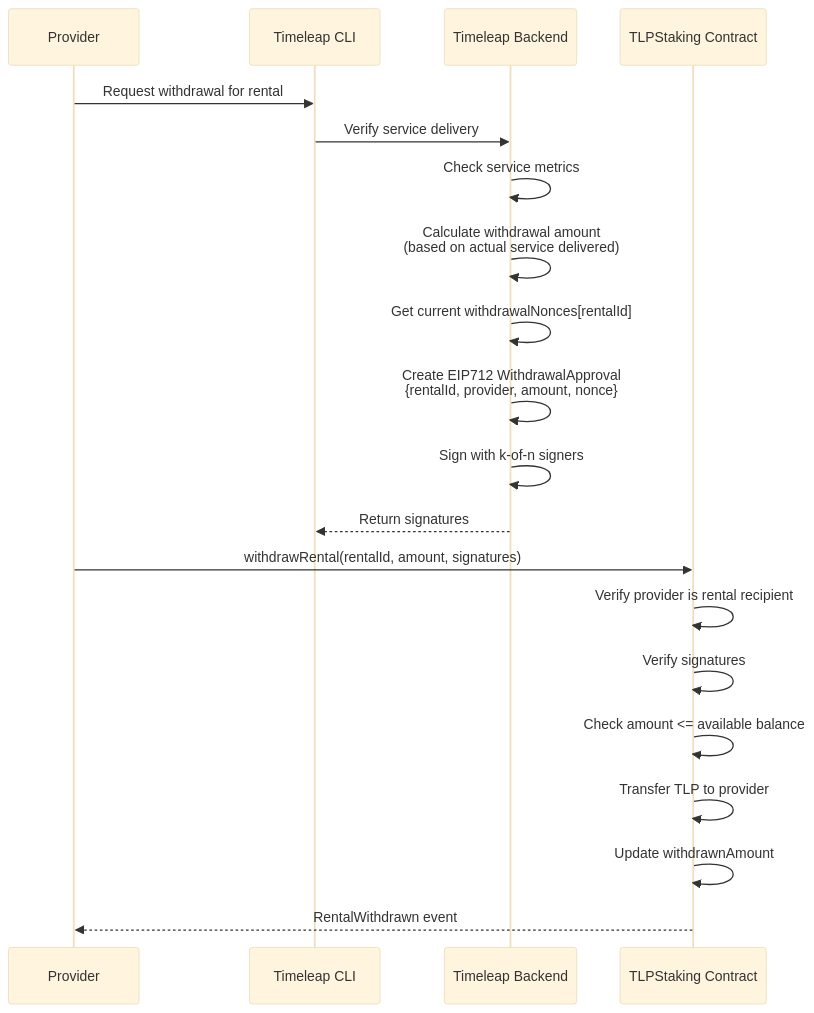
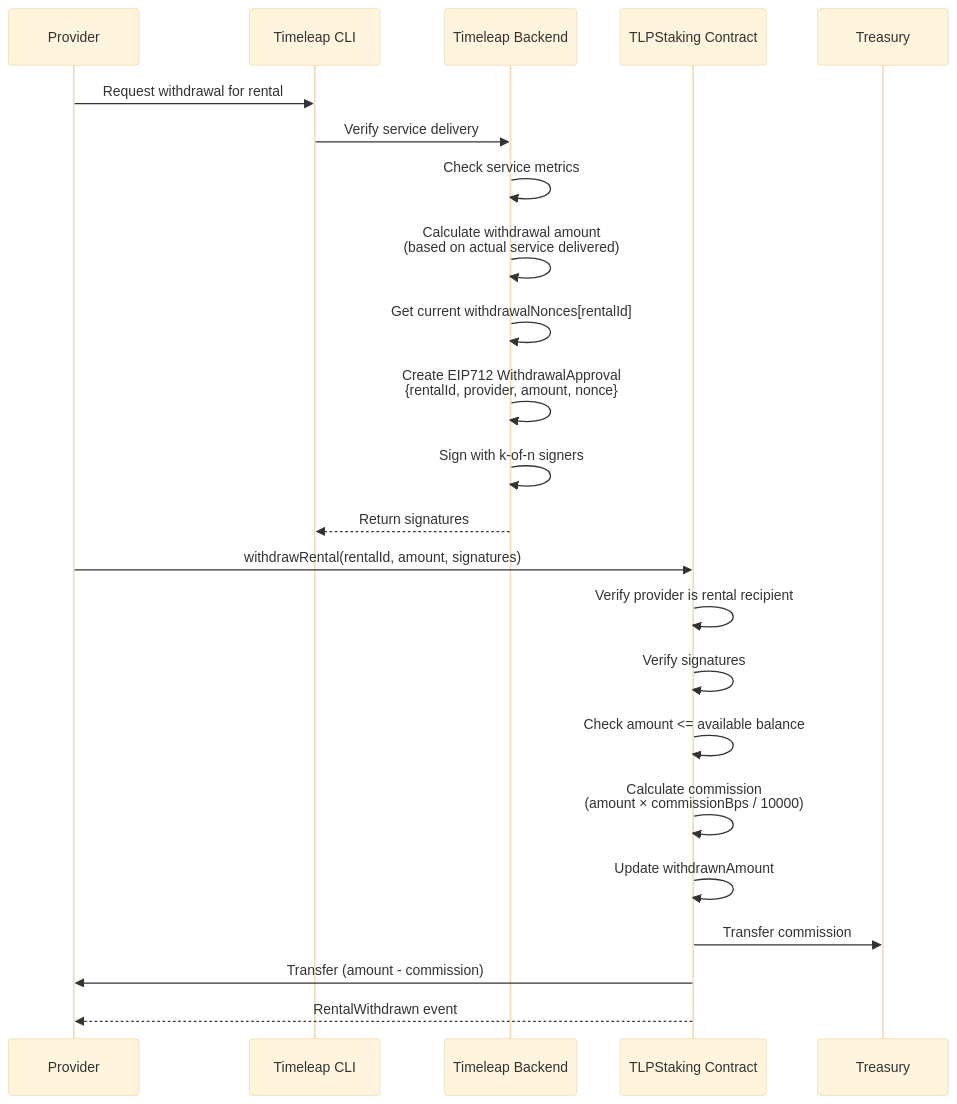
One commit to TimeleapLabs/tlp-contracts changed the third of 9 diagrams in docs/flowcharts.md. Above: the diagram before and after it, drawn with Mermaid (base theme). The commit also changed other lines of this file and 1 other file, not shown here.

First line of the commit message:
Add commission on provider withdrawals

````diff
--- a/docs/flowcharts.md
+++ b/docs/flowcharts.md
@@ -84,26 +84,29 @@
 ```mermaid
 sequenceDiagram
     participant Provider
     participant CLI as Timeleap CLI
     participant Backend as Timeleap Backend
     participant Contract as TLPStaking Contract
+    participant Treasury
 
     Provider->>CLI: Request withdrawal for rental
     CLI->>Backend: Verify service delivery
 
     Backend->>Backend: Check service metrics
     Backend->>Backend: Calculate withdrawal amount<br/>(based on actual service delivered)
     Backend->>Backend: Get current withdrawalNonces[rentalId]
     Backend->>Backend: Create EIP712 WithdrawalApproval<br/>{rentalId, provider, amount, nonce}
     Backend->>Backend: Sign with k-of-n signers
     Backend-->>CLI: Return signatures
 
     Provider->>Contract: withdrawRental(rentalId, amount, signatures)
 
     Contract->>Contract: Verify provider is rental recipient
     Contract->>Contract: Verify signatures
     Contract->>Contract: Check amount <= available balance
-    Contract->>Contract: Transfer TLP to provider
+    Contract->>Contract: Calculate commission<br/>(amount × commissionBps / 10000)
     Contract->>Contract: Update withdrawnAmount
+    Contract->>Treasury: Transfer commission
+    Contract->>Provider: Transfer (amount - commission)
     Contract-->>Provider: RentalWithdrawn event
 ```
````
